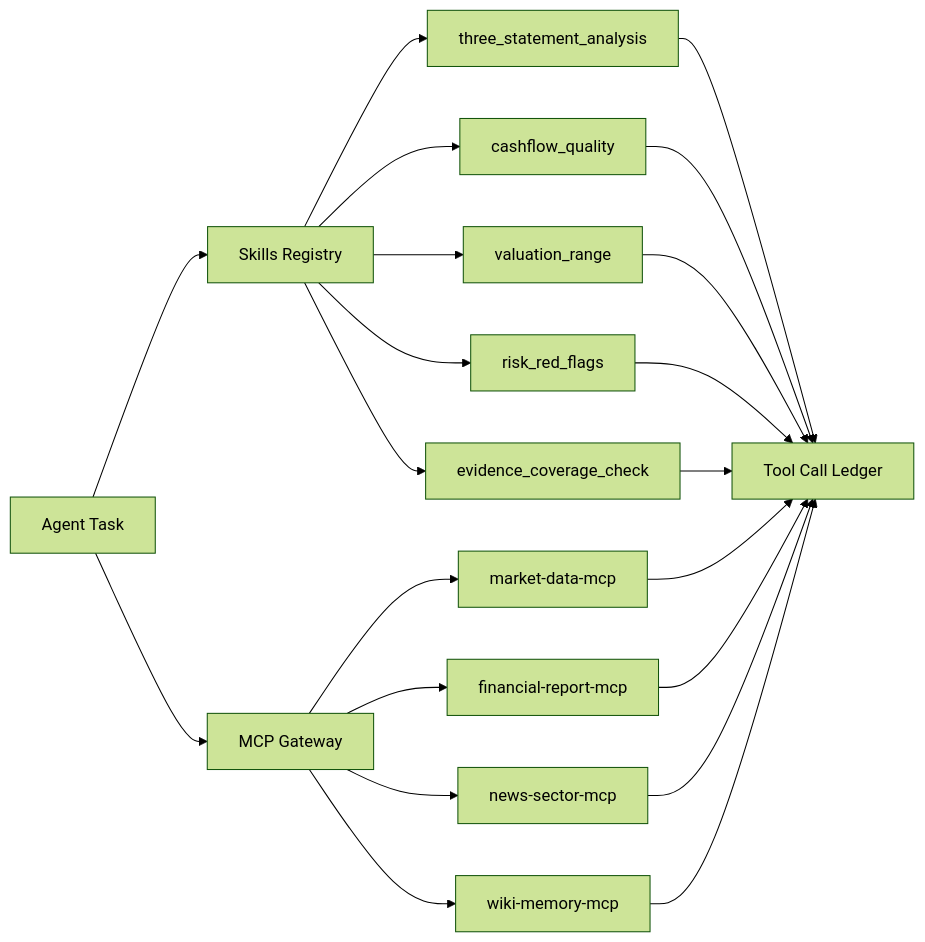
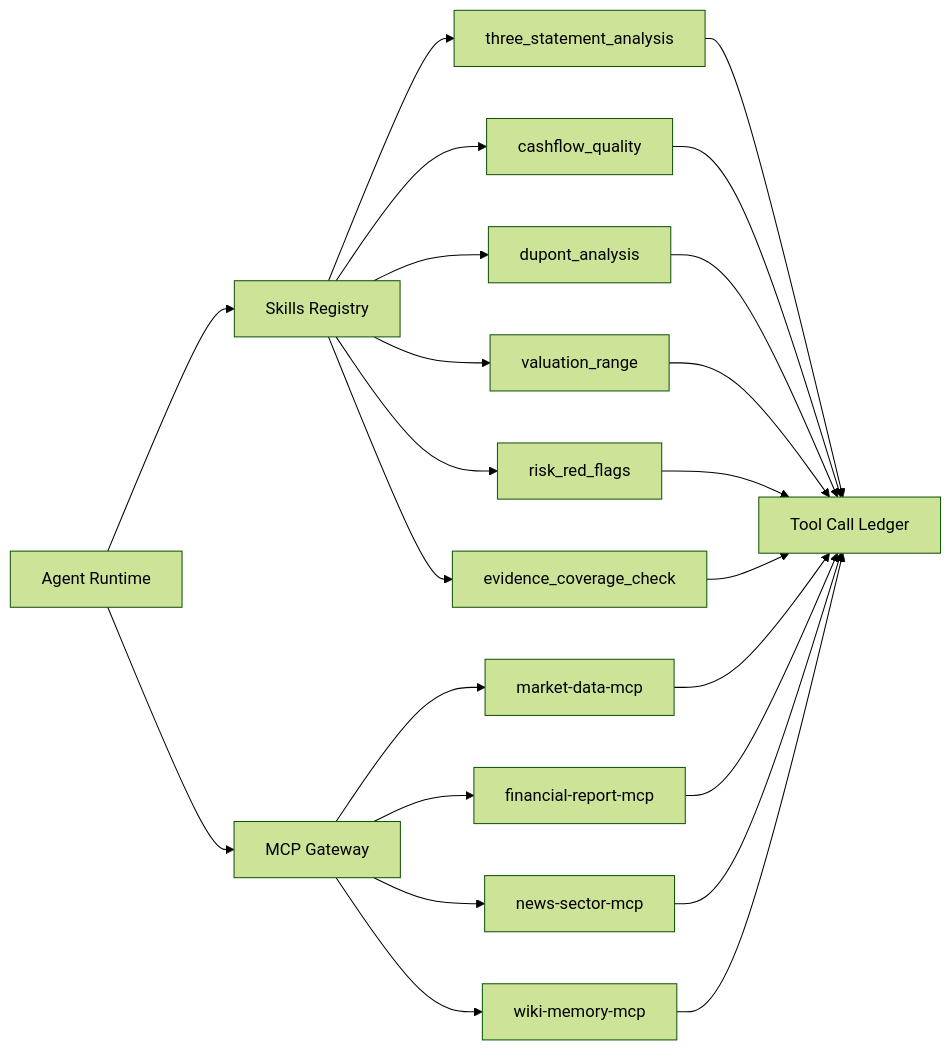
Before and after one commit to ljt-sss/A_stock_analysis_agent: the fourth of 9 diagrams in README.md, drawn with Mermaid (forest theme). The commit also changed other lines of this file and 47 other files, not shown here.

````diff
--- a/README.md
+++ b/README.md
@@ -209,25 +127,28 @@
 ```mermaid
 flowchart LR
-    Task["Agent Task"] --> Registry["Skills Registry"]
-    Registry --> Skill1["three_statement_analysis"]
-    Registry --> Skill2["cashflow_quality"]
-    Registry --> Skill3["valuation_range"]
-    Registry --> Skill4["risk_red_flags"]
-    Registry --> Skill5["evidence_coverage_check"]
+    Runtime["Agent Runtime"] --> Registry["Skills Registry"]
+    Runtime --> Gateway["MCP Gateway"]
 
-    Task --> Gateway["MCP Gateway"]
+    Registry --> S1["three_statement_analysis"]
+    Registry --> S2["cashflow_quality"]
+    Registry --> S3["dupont_analysis"]
+    Registry --> S4["valuation_range"]
+    Registry --> S5["risk_red_flags"]
+    Registry --> S6["evidence_coverage_check"]
+
     Gateway --> M1["market-data-mcp"]
     Gateway --> M2["financial-report-mcp"]
     Gateway --> M3["news-sector-mcp"]
     Gateway --> M4["wiki-memory-mcp"]
 
-    Skill1 --> Ledger["Tool Call Ledger"]
-    Skill2 --> Ledger
-    Skill3 --> Ledger
-    Skill4 --> Ledger
-    Skill5 --> Ledger
+    S1 --> Ledger["Tool Call Ledger"]
+    S2 --> Ledger
+    S3 --> Ledger
+    S4 --> Ledger
+    S5 --> Ledger
+    S6 --> Ledger
     M1 --> Ledger
     M2 --> Ledger
     M3 --> Ledger
     M4 --> Ledger
 ```
````
